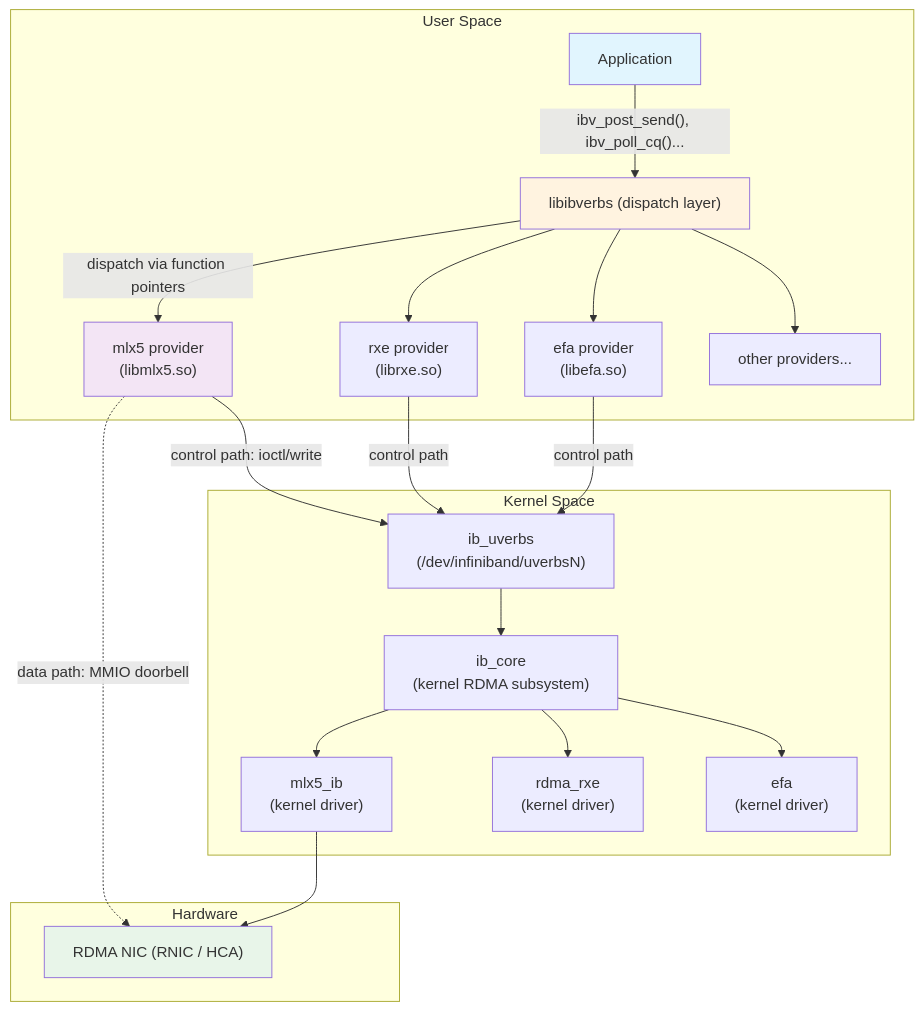
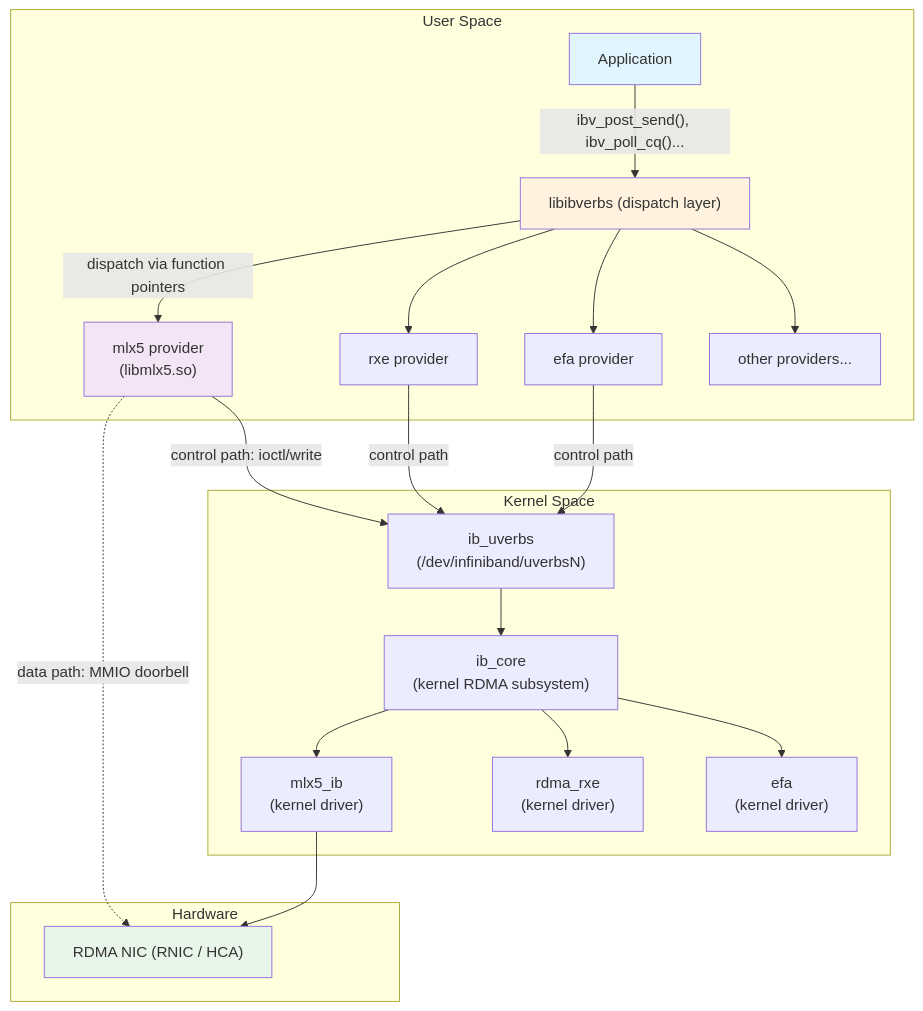
The diagram in src/part-2-architecture/ch04-core-abstractions/verbs-abstraction.md (davidlin2k/rdma-book), drawn with Mermaid before and after one commit. The commit also changed other lines of this file and 6 other files, not shown here.

````diff
--- a/src/part-2-architecture/ch04-core-abstractions/verbs-abstraction.md
+++ b/src/part-2-architecture/ch04-core-abstractions/verbs-abstraction.md
@@ -29,45 +29,45 @@
 ```mermaid
 graph TB
     subgraph "User Space"
         APP["Application"]
         LIBIBVERBS["libibverbs (dispatch layer)"]
         MLX5_U["mlx5 provider<br/>(libmlx5.so)"]
-        RXE_U["rxe provider<br/>(librxe.so)"]
-        EFA_U["efa provider<br/>(libefa.so)"]
+        RXE_U["rxe provider"]
+        EFA_U["efa provider"]
         OTHER_U["other providers..."]
     end
 
     subgraph "Kernel Space"
         UVERBS["ib_uverbs<br/>(/dev/infiniband/uverbsN)"]
         IB_CORE["ib_core<br/>(kernel RDMA subsystem)"]
         MLX5_K["mlx5_ib<br/>(kernel driver)"]
         RXE_K["rdma_rxe<br/>(kernel driver)"]
         EFA_K["efa<br/>(kernel driver)"]
     end
 
     subgraph "Hardware"
         NIC["RDMA NIC (RNIC / HCA)"]
     end
 
     APP -->|"ibv_post_send(), ibv_poll_cq()..."| LIBIBVERBS
     LIBIBVERBS -->|"dispatch via function pointers"| MLX5_U
     LIBIBVERBS --> RXE_U
     LIBIBVERBS --> EFA_U
     LIBIBVERBS --> OTHER_U
 
     MLX5_U -->|"control path: ioctl/write"| UVERBS
     MLX5_U -.->|"data path: MMIO doorbell"| NIC
     RXE_U -->|"control path"| UVERBS
     EFA_U -->|"control path"| UVERBS
 
     UVERBS --> IB_CORE
     IB_CORE --> MLX5_K
     IB_CORE --> RXE_K
     IB_CORE --> EFA_K
     MLX5_K --> NIC
 
     style APP fill:#e1f5fe
     style LIBIBVERBS fill:#fff3e0
     style MLX5_U fill:#f3e5f5
     style NIC fill:#e8f5e9
 ```
````
